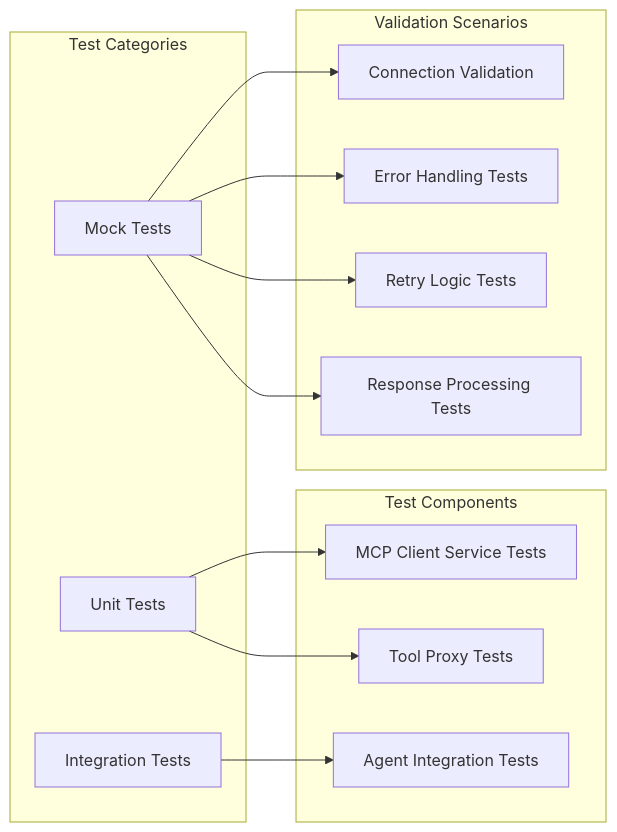
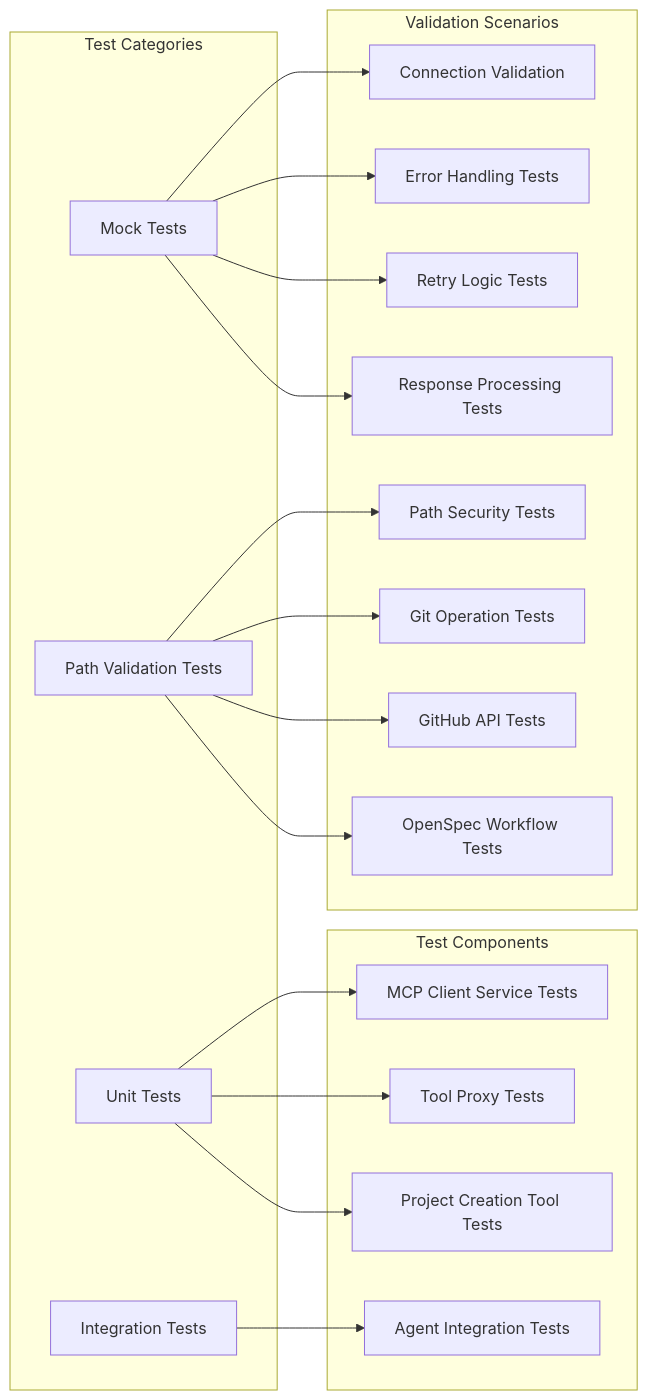
One commit to siimliimand/laravel-assistant changed the ninth of 9 diagrams in .qoder/repowiki/en/content/AI Integration System/Agent System/MCP Client Integration System.md. Above: the diagram before and after it, drawn with Mermaid. The commit also changed other lines of this file and 3 other files, not shown here.

First line of the commit message:
feat(devbot): add comprehensive project creation capabilities and expand MCP tool suite

````diff
--- a/.qoder/repowiki/en/content/AI Integration System/Agent System/MCP Client Integration System.md
+++ b/.qoder/repowiki/en/content/AI Integration System/Agent System/MCP Client Integration System.md
@@ -380,26 +516,38 @@
 ```mermaid
 graph LR
 subgraph "Test Categories"
 UnitTests[Unit Tests]
 IntegrationTests[Integration Tests]
 MockTests[Mock Tests]
+SecurityTests[Security Tests]
 end
 subgraph "Test Components"
 ServiceTests[MCP Client Service Tests]
 ToolTests[Tool Proxy Tests]
+ProjectToolTests[Project Creation Tool Tests]
 AgentTests[Agent Integration Tests]
+SecurityTests[Path Validation Tests]
 end
 subgraph "Validation Scenarios"
 ConnectionValidation[Connection Validation]
 ErrorHandling[Error Handling Tests]
 RetryLogic[Retry Logic Tests]
 ResponseProcessing[Response Processing Tests]
+PathSecurity[Path Security Tests]
+GitOperations[Git Operation Tests]
+GitHubAPI[GitHub API Tests]
+OpenSpecWorkflow[OpenSpec Workflow Tests]
 end
 UnitTests --> ServiceTests
 UnitTests --> ToolTests
+UnitTests --> ProjectToolTests
 IntegrationTests --> AgentTests
 MockTests --> ConnectionValidation
 MockTests --> ErrorHandling
 MockTests --> RetryLogic
 MockTests --> ResponseProcessing
+SecurityTests --> PathSecurity
+SecurityTests --> GitOperations
+SecurityTests --> GitHubAPI
+SecurityTests --> OpenSpecWorkflow
 ```
````
